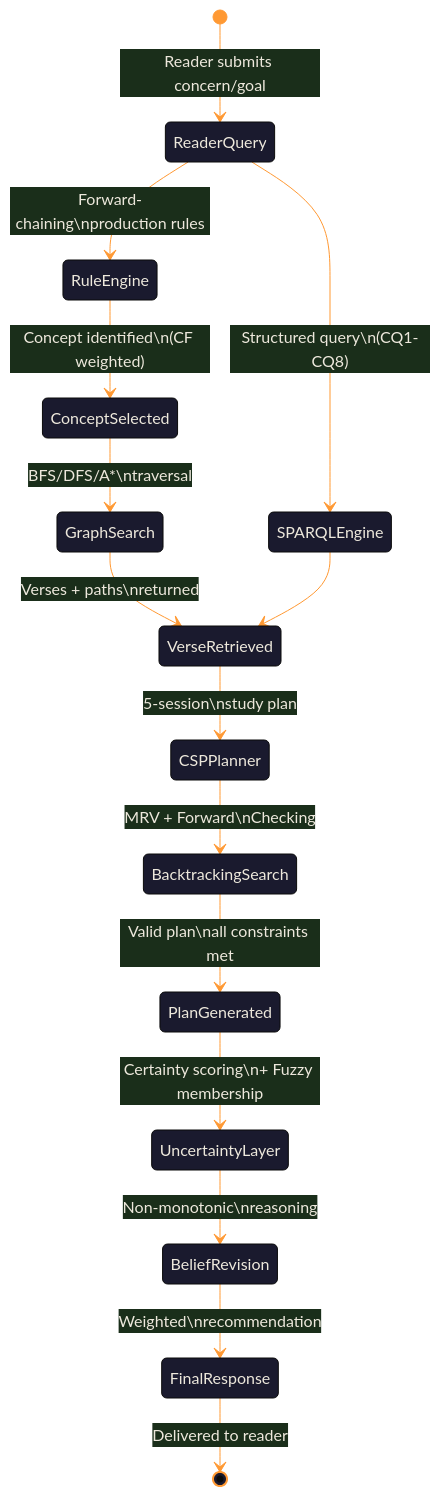
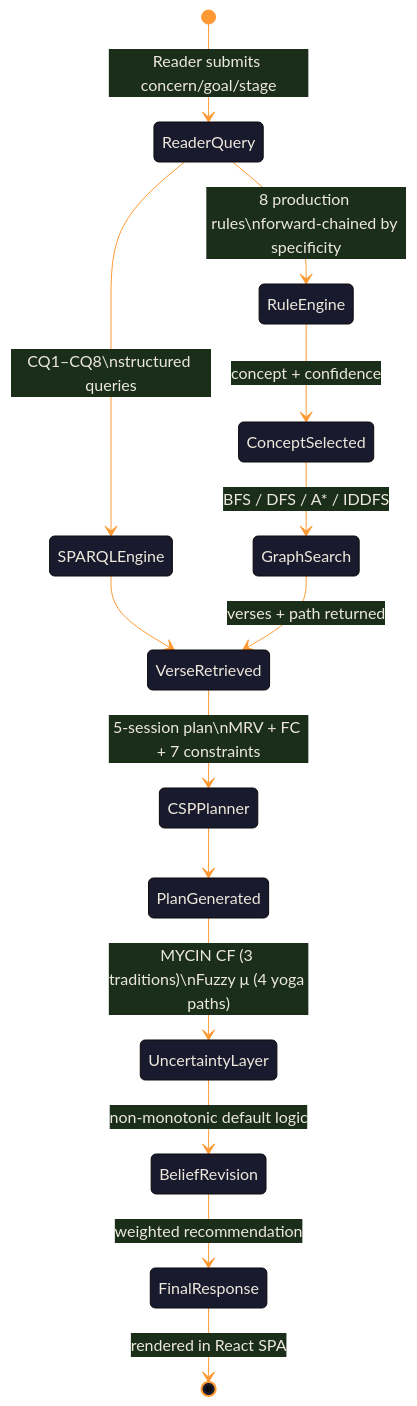
One commit to DevRaviX/gitagraph changed the third of 7 diagrams in README.md. Above: the diagram before and after it, drawn with Mermaid. The commit also changed other lines of this file and 41 other files, not shown here.

````diff
--- a/README.md
+++ b/README.md
@@ -214,24 +203,23 @@
 ```mermaid
 %%{init: {'theme': 'base', 'themeVariables': {'primaryColor': '#1A1A2E', 'lineColor': '#FF9933', 'primaryTextColor': '#EDE8DC'}}}%%
+stateDiagram-v2
+    [*] --> ReaderQuery : Reader submits concern/goal/stage
 
-stateDiagram-v2
-    [*] --> ReaderQuery : Reader submits concern/goal
+    ReaderQuery --> RuleEngine : 8 production rules\nforward-chained by specificity
+    RuleEngine --> ConceptSelected : concept + confidence
+    ConceptSelected --> GraphSearch : BFS / DFS / A* / IDDFS
 
-    ReaderQuery --> RuleEngine : Forward-chaining\nproduction rules
-    RuleEngine --> ConceptSelected : Concept identified\n(CF weighted)
-    ConceptSelected --> GraphSearch : BFS/DFS/A*\ntraversal
-    GraphSearch --> VerseRetrieved : Verses + paths\nreturned
-
-    ReaderQuery --> SPARQLEngine : Structured query\n(CQ1-CQ8)
+    ReaderQuery --> SPARQLEngine : CQ1–CQ8\nstructured queries
     SPARQLEngine --> VerseRetrieved
 
-    VerseRetrieved --> CSPPlanner : 5-session\nstudy plan
-    CSPPlanner --> BacktrackingSearch : MRV + Forward\nChecking
-    BacktrackingSearch --> PlanGenerated : Valid plan\nall constraints met
+    GraphSearch --> VerseRetrieved : verses + path returned
 
-    PlanGenerated --> UncertaintyLayer : Certainty scoring\n+ Fuzzy membership
-    UncertaintyLayer --> BeliefRevision : Non-monotonic\nreasoning
-    BeliefRevision --> FinalResponse : Weighted\nrecommendation
+    VerseRetrieved --> CSPPlanner : 5-session plan\nMRV + FC + 7 constraints
+    CSPPlanner --> PlanGenerated
 
-    FinalResponse --> [*] : Delivered to reader
+    PlanGenerated --> UncertaintyLayer : MYCIN CF (3 traditions)\nFuzzy μ (4 yoga paths)
+    UncertaintyLayer --> BeliefRevision : non-monotonic default logic
+    BeliefRevision --> FinalResponse : weighted recommendation
+
+    FinalResponse --> [*] : rendered in React SPA
 ```
````
